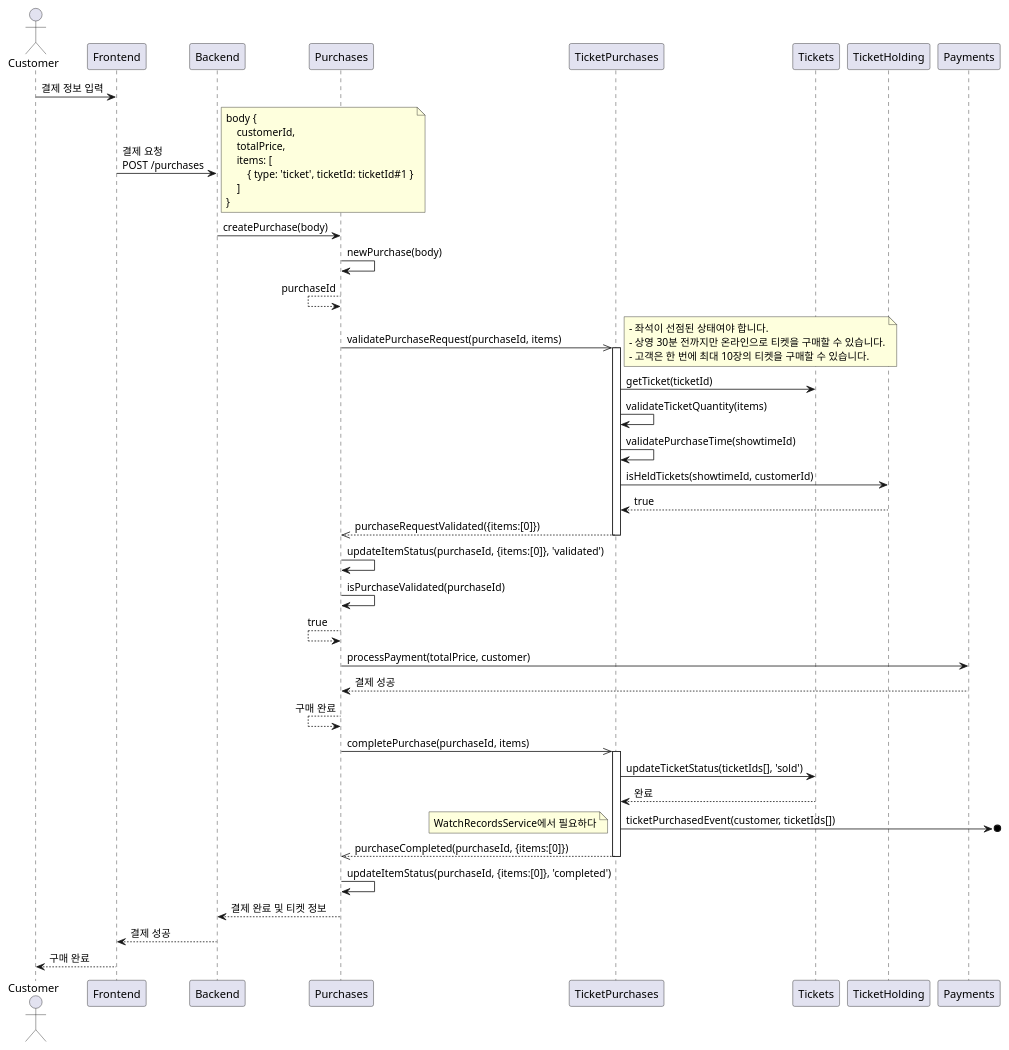
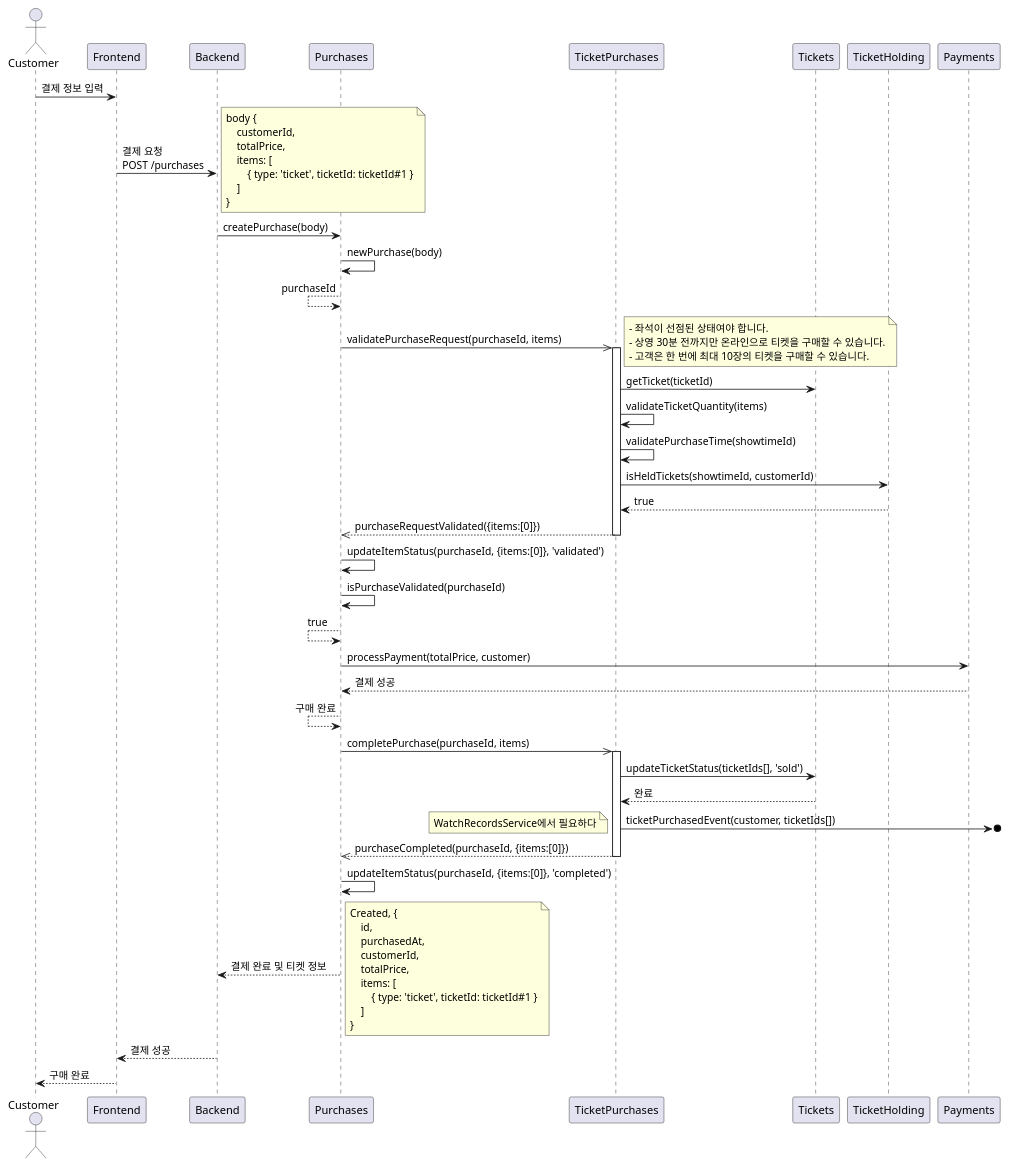
The third of 3 diagrams in docs/tickets-purchase.md (mannercode/nest-seed), drawn with PlantUML before and after one commit. The commit also changed 15 other files, not shown here.

````diff
--- a/docs/tickets-purchase.md
+++ b/docs/tickets-purchase.md
@@ -181,54 +181,65 @@
 ```plantuml
 @startuml
 actor Customer
 
 Customer -> Frontend: 결제 정보 입력
     Frontend -> Backend: 결제 요청\nPOST /purchases
     note right
-    body {
-        customerId,
-        totalPrice,
-        items: [
-            { type: 'ticket', ticketId: ticketId#1 }
-        ]
-    }
+        body {
+            customerId,
+            totalPrice,
+            items: [
+                { type: 'ticket', ticketId: ticketId#1 }
+            ]
+        }
     end note
         Backend -> Purchases: createPurchase(body)
             Purchases -> Purchases: newPurchase(body)
             Purchases <-- Purchases: purchaseId
             Purchases ->> TicketPurchases: validatePurchaseRequest(purchaseId, items)
             activate TicketPurchases
             note right
                 - 좌석이 선점된 상태여야 합니다.
                 - 상영 30분 전까지만 온라인으로 티켓을 구매할 수 있습니다.
                 - 고객은 한 번에 최대 10장의 티켓을 구매할 수 있습니다.
             end note
             TicketPurchases -> Tickets: getTicket(ticketId)
             TicketPurchases -> TicketPurchases: validateTicketQuantity(items)
             TicketPurchases -> TicketPurchases: validatePurchaseTime(showtimeId)
             TicketPurchases -> TicketHolding: isHeldTickets(showtimeId, customerId)
             TicketPurchases <-- TicketHolding: true
             Purchases <<-- TicketPurchases: purchaseRequestValidated({items:[0]})
             deactivate TicketPurchases
             Purchases -> Purchases: updateItemStatus(purchaseId, {items:[0]}, 'validated')
             Purchases -> Purchases: isPurchaseValidated(purchaseId)
             Purchases <-- Purchases: true
             Purchases -> Payments: processPayment(totalPrice, customer)
             Purchases <-- Payments: 결제 성공
             Purchases <-- Purchases: 구매 완료
             Purchases ->> TicketPurchases: completePurchase(purchaseId, items)
             activate TicketPurchases
                 TicketPurchases -> Tickets: updateTicketStatus(ticketIds[], 'sold')
                 TicketPurchases <-- Tickets: 완료
                 TicketPurchases ->o]: ticketPurchasedEvent(customer, ticketIds[])
                 note left
                     WatchRecordsService에서 필요하다
                 end note
             Purchases <<-- TicketPurchases: purchaseCompleted(purchaseId, {items:[0]})
             deactivate TicketPurchases
             Purchases -> Purchases: updateItemStatus(purchaseId, {items:[0]}, 'completed')
         Backend <-- Purchases: 결제 완료 및 티켓 정보
+        note right
+            Created, {
+                id,
+                purchasedAt,
+                customerId,
+                totalPrice,
+                items: [
+                    { type: 'ticket', ticketId: ticketId#1 }
+                ]
+            }
+        end note
     Frontend <-- Backend: 결제 성공
 Customer <-- Frontend: 구매 완료
 @enduml
 ```
````
